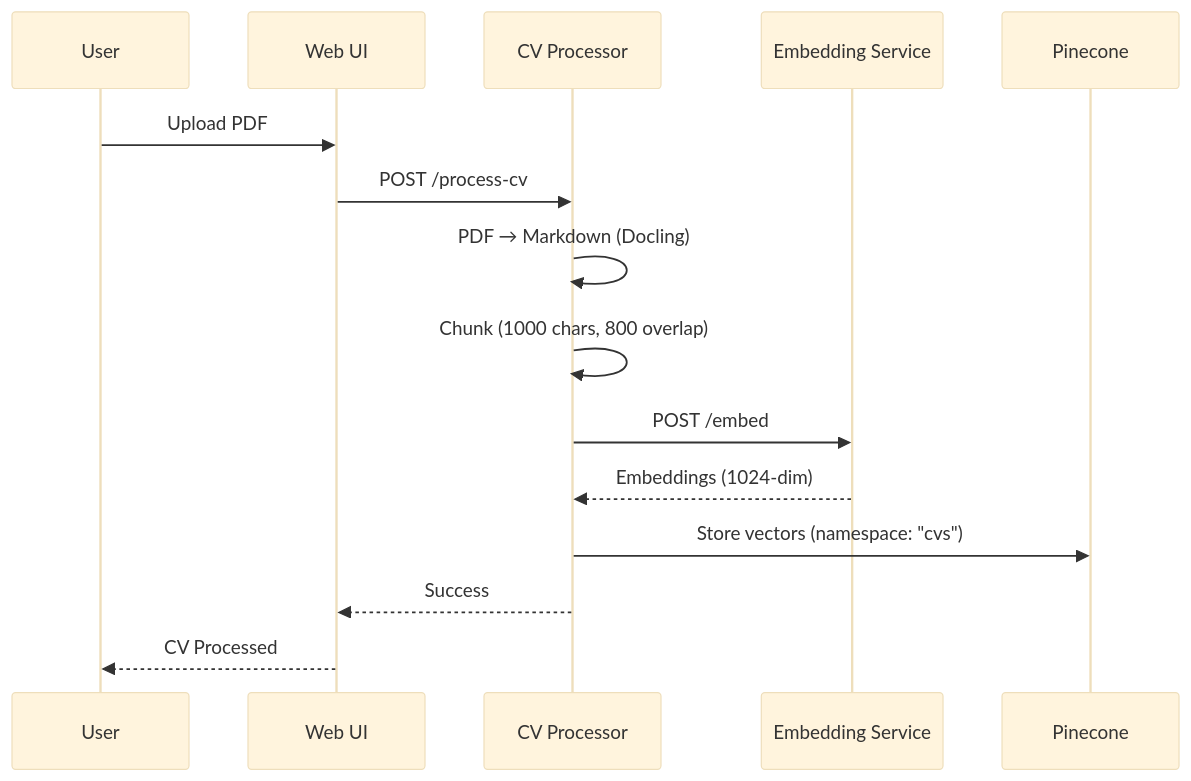
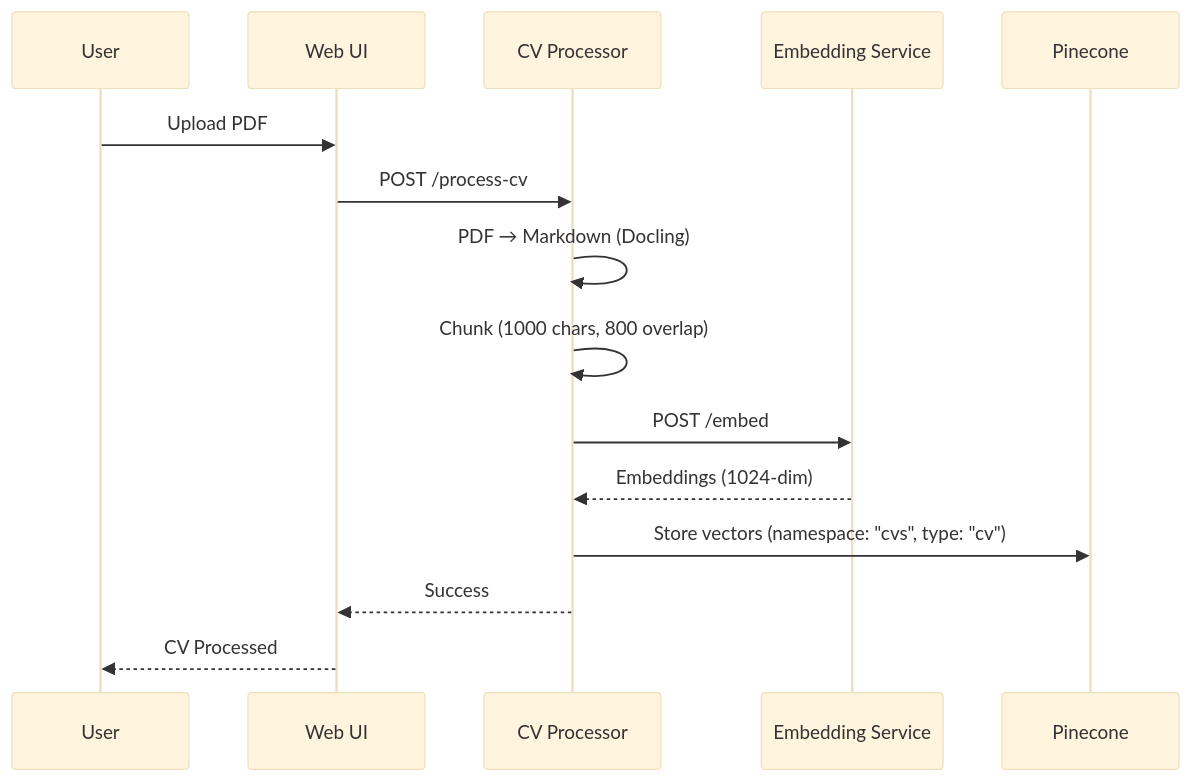
One commit to kkonst-bond-edu/funds-search changed the second of 4 diagrams in README.md. Above: the diagram before and after it, drawn with Mermaid (base theme). The commit also changed other lines of this file, not shown here.

````diff
--- a/README.md
+++ b/README.md
@@ -242,18 +242,18 @@
 ```mermaid
 sequenceDiagram
     participant U as User
     participant W as Web UI
     participant C as CV Processor
     participant E as Embedding Service
     participant P as Pinecone
     
     U->>W: Upload PDF
     W->>C: POST /process-cv
     C->>C: PDF → Markdown (Docling)
     C->>C: Chunk (1000 chars, 800 overlap)
     C->>E: POST /embed
     E-->>C: Embeddings (1024-dim)
-    C->>P: Store vectors (namespace: "cvs")
+    C->>P: Store vectors (namespace: "cvs", type: "cv")
     C-->>W: Success
     W-->>U: CV Processed
 ```
````
